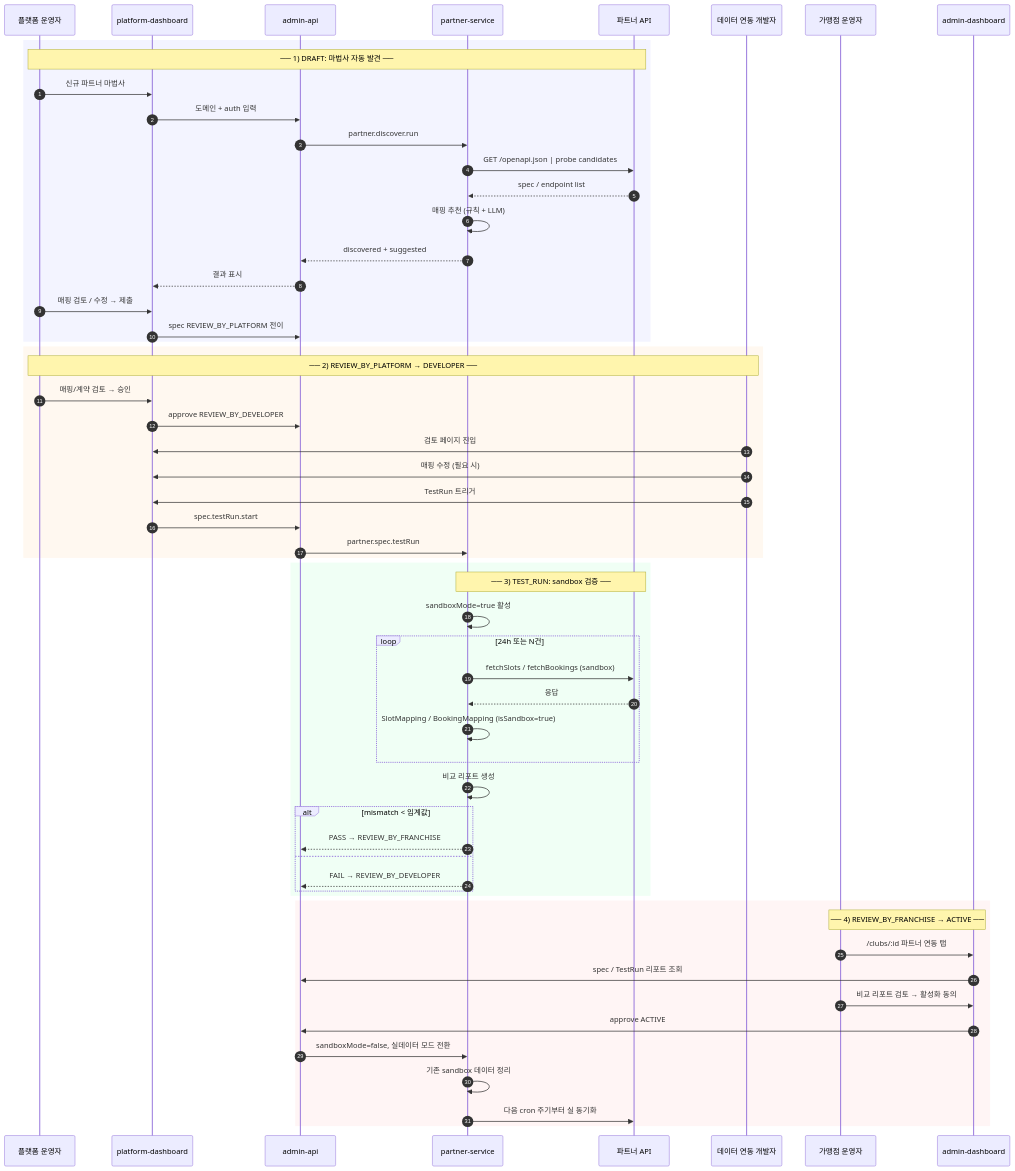
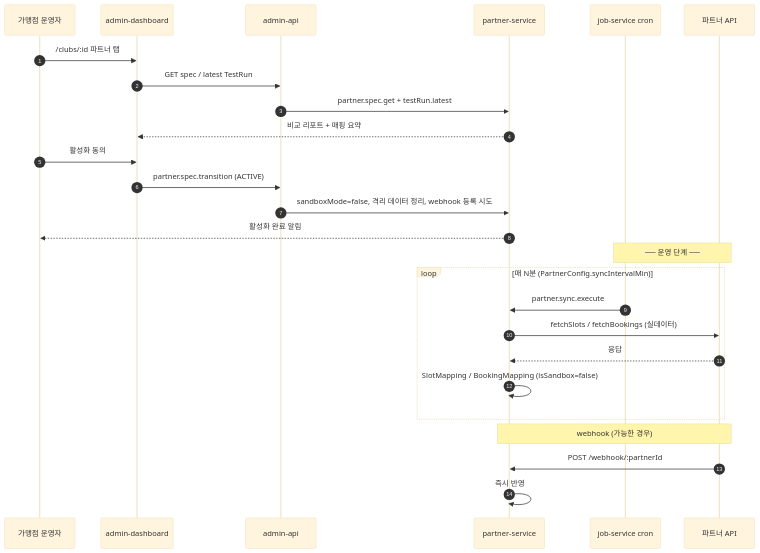
One commit to uniyous/parkgolf-platform changed the seventh of 12 diagrams in docs/workflow/PARTNER_INTEGRATION.md. Above: the diagram before and after it, drawn with Mermaid. The commit also changed other lines of this file, not shown here.

First line of the commit message:
docs(partner): PARTNER_INTEGRATION.md 스타일을 OBSERVABILITY.md에 맞춰 재작성 (0.2)

````diff
--- a/docs/workflow/PARTNER_INTEGRATION.md
+++ b/docs/workflow/PARTNER_INTEGRATION.md
@@ -58,64 +289,32 @@
 ```mermaid
+%%{init: {'theme':'base','themeVariables':{'fontSize':'13px'}}}%%
 sequenceDiagram
     autonumber
-    participant Op as 플랫폼 운영자
-    participant Web as platform-dashboard
+    participant FA as 가맹점 운영자
+    participant Adm as admin-dashboard
     participant API as admin-api
     participant PS as partner-service
+    participant Cron as job-service cron
     participant Ext as 파트너 API
-    participant Dev as 데이터 연동 개발자
-    participant FA as 가맹점 운영자
-    participant Adm as admin-dashboard
 
-    rect rgb(243, 244, 255)
-    Note over Op,Ext: ── 1) DRAFT: 마법사 자동 발견 ──
-    Op->>Web: 신규 파트너 마법사
-    Web->>API: 도메인 + auth 입력
-    API->>PS: partner.discover.run
-    PS->>Ext: GET /openapi.json | probe candidates
-    Ext-->>PS: spec / endpoint list
-    PS->>PS: 매핑 추천 (규칙 + LLM)
-    PS-->>API: discovered + suggested
-    API-->>Web: 결과 표시
-    Op->>Web: 매핑 검토 / 수정 → 제출
-    Web->>API: spec REVIEW_BY_PLATFORM 전이
+    FA->>Adm: /clubs/:id 파트너 탭
+    Adm->>API: GET spec / latest TestRun
+    API->>PS: partner.spec.get + testRun.latest
+    PS-->>Adm: 비교 리포트 + 매핑 요약
+    FA->>Adm: 활성화 동의
+    Adm->>API: partner.spec.transition (ACTIVE)
+    API->>PS: sandboxMode=false, 격리 데이터 정리, webhook 등록 시도
+    PS-->>FA: 활성화 완료 알림
+
+    Note over Cron,Ext: ── 운영 단계 ──
+    loop 매 N분 (PartnerConfig.syncIntervalMin)
+      Cron->>PS: partner.sync.execute
+      PS->>Ext: fetchSlots / fetchBookings (실데이터)
+      Ext-->>PS: 응답
+      PS->>PS: SlotMapping / BookingMapping (isSandbox=false)
     end
 
-    rect rgb(255, 248, 240)
-    Note over Op,Dev: ── 2) REVIEW_BY_PLATFORM → DEVELOPER ──
-    Op->>Web: 매핑/계약 검토 → 승인
-    Web->>API: approve REVIEW_BY_DEVELOPER
-    Dev->>Web: 검토 페이지 진입
-    Dev->>Web: 매핑 수정 (필요 시)
-    Dev->>Web: TestRun 트리거
-    Web->>API: spec.testRun.start
-    API->>PS: partner.spec.testRun
-    end
-
-    rect rgb(240, 255, 245)
-    Note over PS,Ext: ── 3) TEST_RUN: sandbox 검증 ──
-    PS->>PS: sandboxMode=true 활성
-    loop 24h 또는 N건
-      PS->>Ext: fetchSlots / fetchBookings (sandbox)
-      Ext-->>PS: 응답
-      PS->>PS: SlotMapping / BookingMapping (isSandbox=true)
-    end
-    PS->>PS: 비교 리포트 생성
-    alt mismatch < 임계값
-      PS-->>API: PASS → REVIEW_BY_FRANCHISE
-    else
-      PS-->>API: FAIL → REVIEW_BY_DEVELOPER
-    end
-    end
-
-    rect rgb(255, 245, 245)
-    Note over FA,Adm: ── 4) REVIEW_BY_FRANCHISE → ACTIVE ──
-    FA->>Adm: /clubs/:id 파트너 연동 탭
-    Adm->>API: spec / TestRun 리포트 조회
-    FA->>Adm: 비교 리포트 검토 → 활성화 동의
-    Adm->>API: approve ACTIVE
-    API->>PS: sandboxMode=false, 실데이터 모드 전환
-    PS->>PS: 기존 sandbox 데이터 정리
-    PS->>Ext: 다음 cron 주기부터 실 동기화
-    end
+    Note over Ext,PS: webhook (가능한 경우)
+    Ext->>PS: POST /webhook/:partnerId
+    PS->>PS: 즉시 반영
 ```
````
